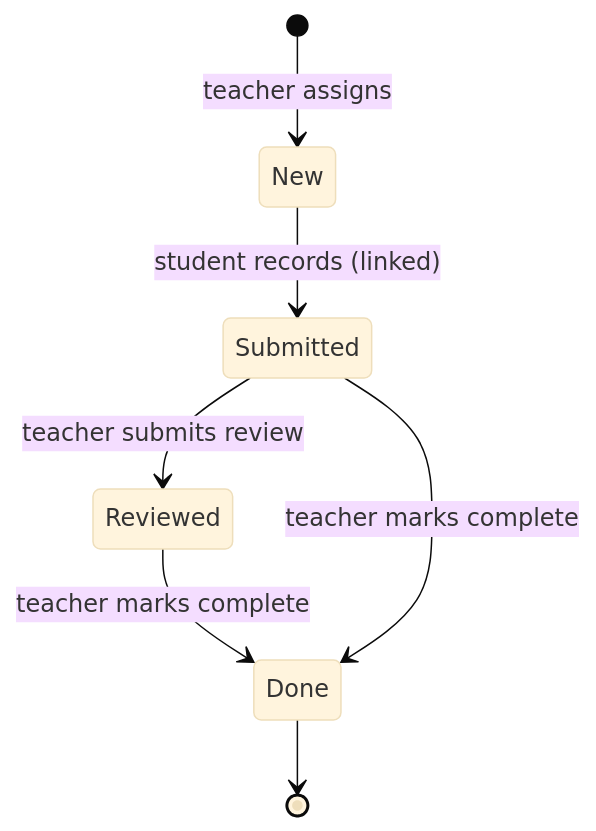
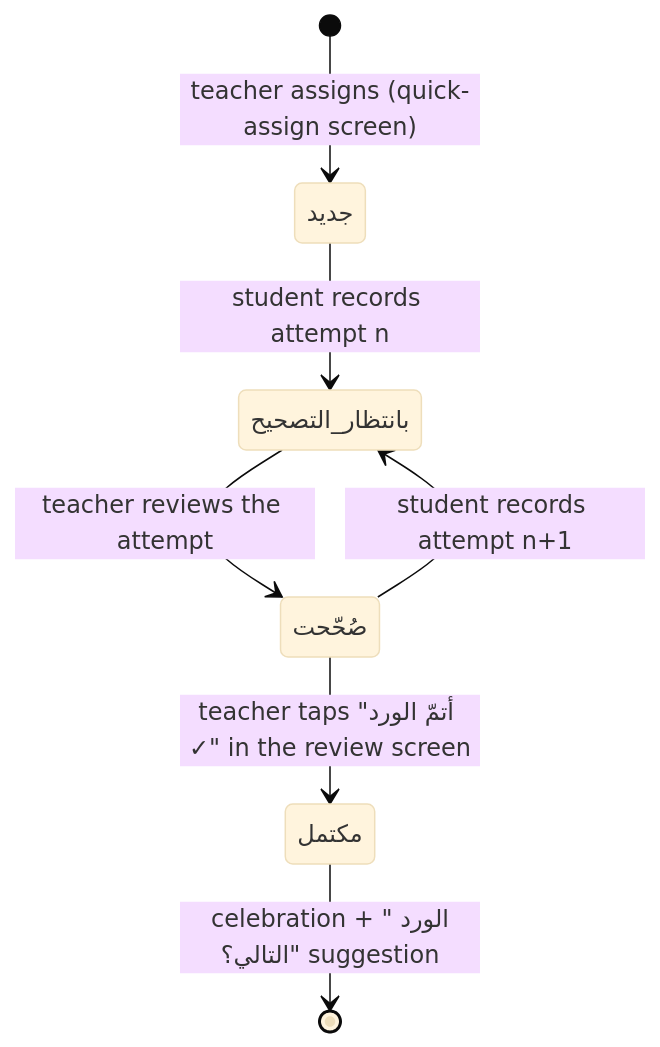
The seventh of 8 diagrams in README.md (walidozich/quran-app), drawn with Mermaid (base theme) before and after one commit. The commit also changed other lines of this file, not shown here.

Commit message:
docs: v2 architecture, auth, profiles, co-teachers and wird flow

````diff
--- a/README.md
+++ b/README.md
@@ -141,9 +182,9 @@
 ```mermaid
 stateDiagram-v2
-    [*] --> New: teacher assigns
-    New --> Submitted: student records (linked)
-    Submitted --> Reviewed: teacher submits review
-    Reviewed --> Done: teacher marks complete
-    Submitted --> Done: teacher marks complete
-    Done --> [*]
+    [*] --> جديد: teacher assigns (quick-assign screen)
+    جديد --> بانتظار_التصحيح: student records attempt n
+    بانتظار_التصحيح --> صُحّحت: teacher reviews the attempt
+    صُحّحت --> بانتظار_التصحيح: student records attempt n+1
+    صُحّحت --> مكتمل: teacher taps "أتمّ الورد ✓" in the review screen
+    مكتمل --> [*]: celebration + "الورد التالي؟" suggestion
 ```
````
